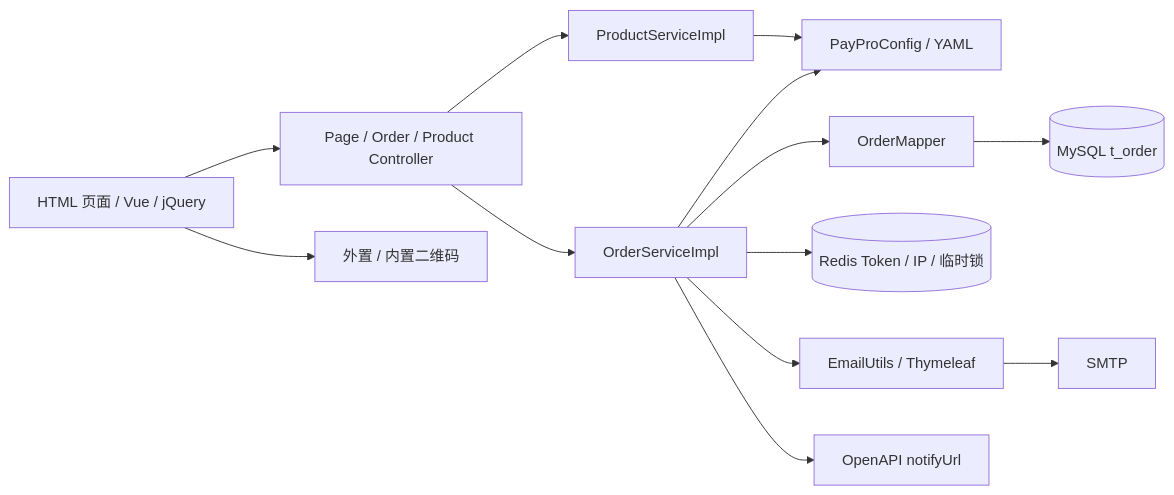
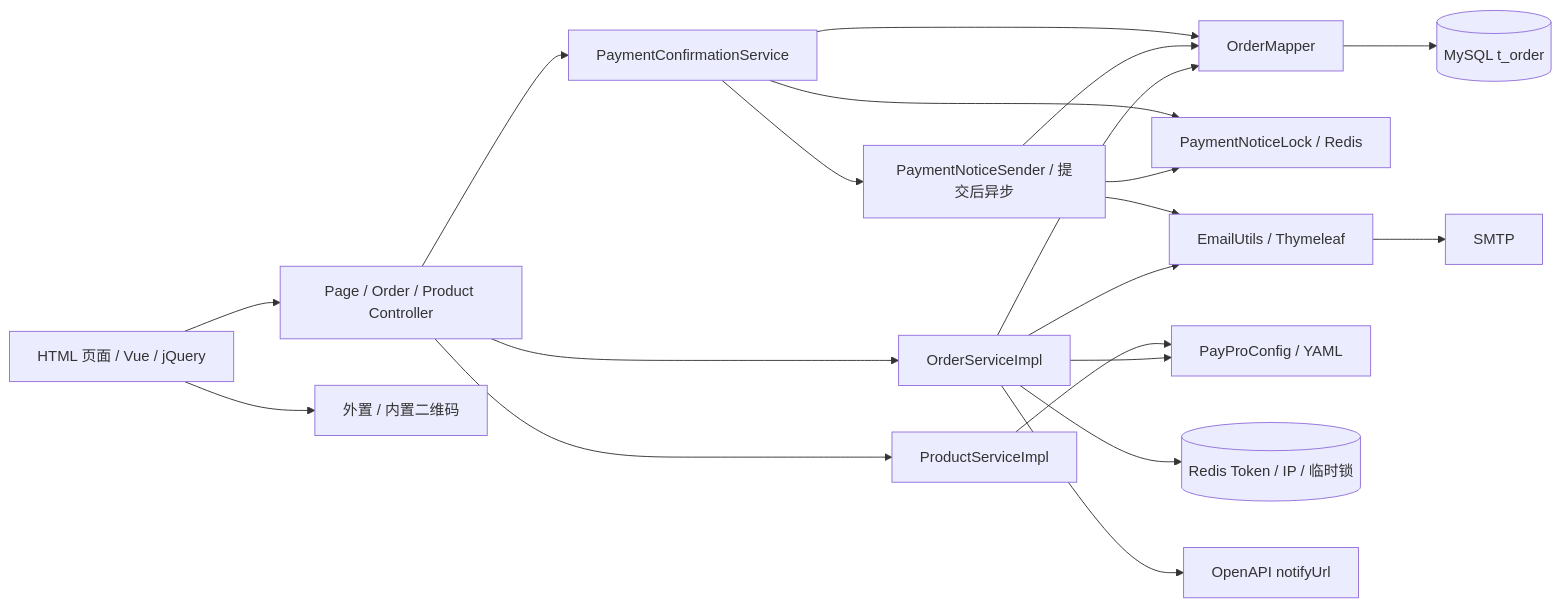
Before and after one commit to ma906584241/PayPro: the first of 3 diagrams in docs/02-architecture-and-flows.md, drawn with Mermaid. The commit also changed other lines of this file and 48 other files, not shown here.

````diff
--- a/docs/02-architecture-and-flows.md
+++ b/docs/02-architecture-and-flows.md
@@ -11,15 +11,22 @@
 ```mermaid
 flowchart LR
     Browser[HTML 页面 / Vue / jQuery] --> Controller[Page / Order / Product Controller]
     Controller --> Orders[OrderServiceImpl]
+    Controller --> Confirm[PaymentConfirmationService]
+    Confirm --> Mapper
+    Confirm --> Lock[PaymentNoticeLock / Redis]
+    Confirm --> Sender[PaymentNoticeSender / 提交后异步]
+    Sender --> Mapper
+    Sender --> Lock
+    Sender --> Mail
     Controller --> Products[ProductServiceImpl]
     Products --> Config[PayProConfig / YAML]
     Orders --> Config
     Orders --> Mapper[OrderMapper]
     Mapper --> MySQL[(MySQL t_order)]
     Orders --> Redis[(Redis Token / IP / 临时锁)]
     Orders --> Mail[EmailUtils / Thymeleaf]
     Mail --> SMTP[SMTP]
     Orders --> Callback[OpenAPI notifyUrl]
     Browser --> QR[外置 / 内置二维码]
 ```
````
